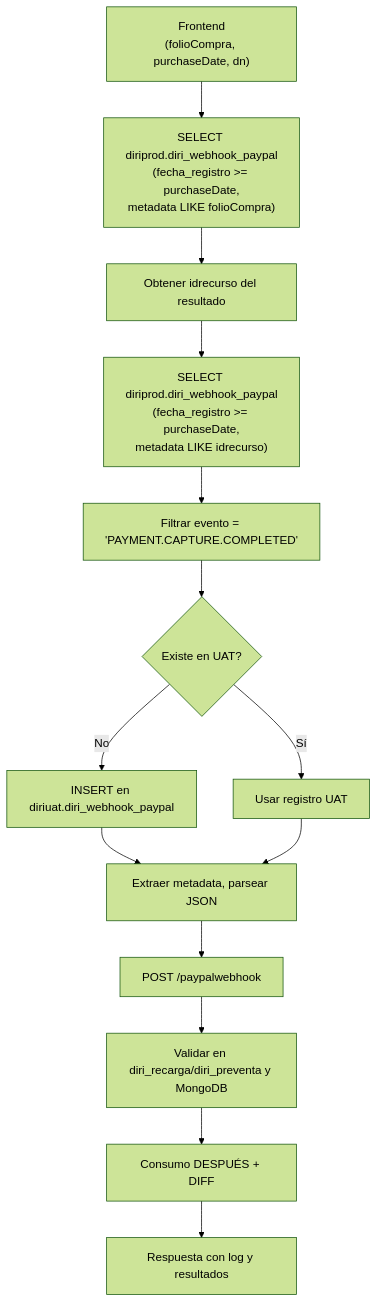
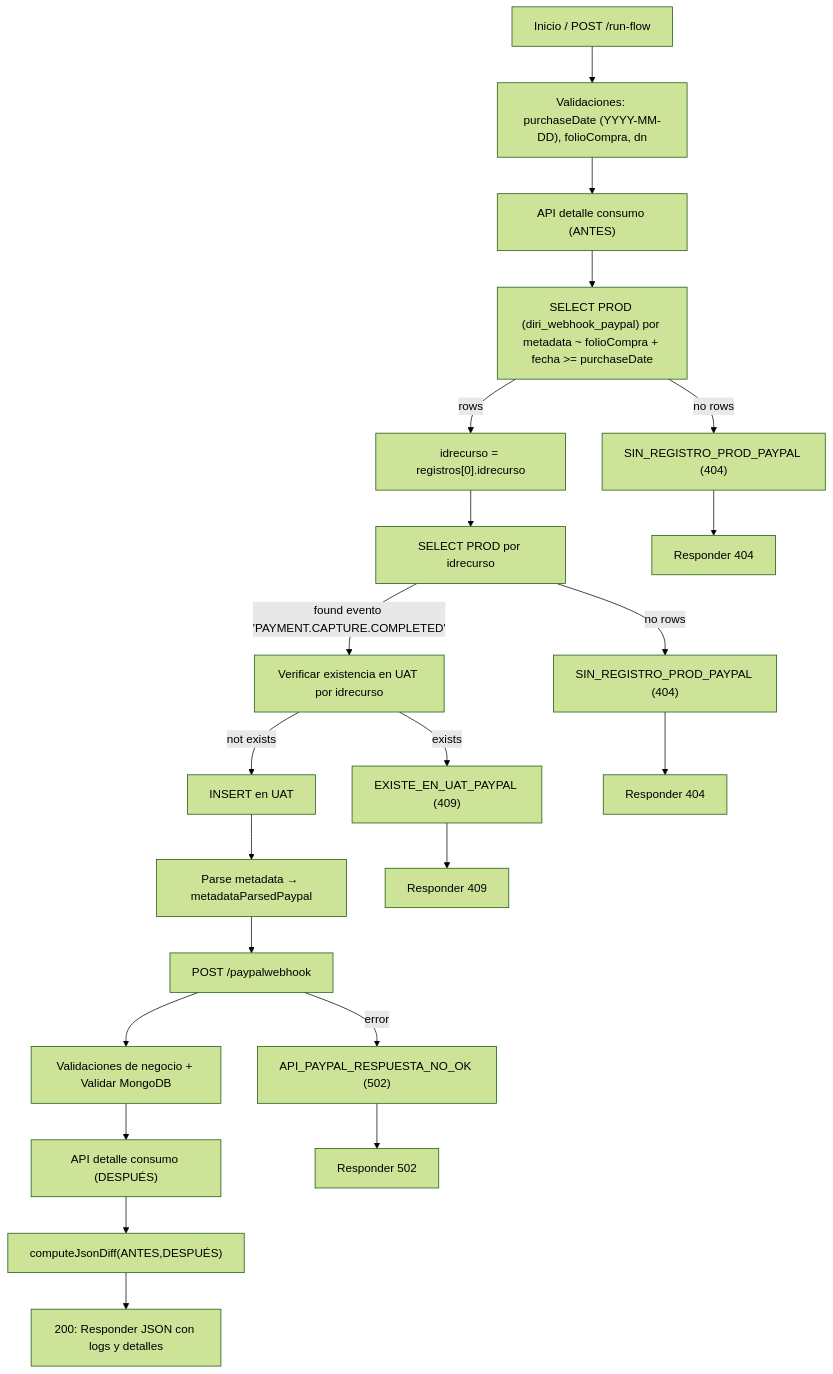
The second of 6 diagrams in README.md (EdgarViOl/QA_Diri), drawn with Mermaid (forest theme) before and after one commit. The commit also changed other lines of this file and 7 other files, not shown here.

````diff
--- a/README.md
+++ b/README.md
@@ -119,16 +150,24 @@
 ```mermaid
 flowchart TD
-  A["Frontend<br/>(folioCompra, purchaseDate, dn)"] --> B["SELECT diriprod.diri_webhook_paypal<br/>(fecha_registro >= purchaseDate,<br/>metadata LIKE folioCompra)"]
-  B --> C["Obtener idrecurso del resultado"]
-  C --> D["SELECT diriprod.diri_webhook_paypal<br/>(fecha_registro >= purchaseDate,<br/>metadata LIKE idrecurso)"]
-  D --> E["Filtrar evento = 'PAYMENT.CAPTURE.COMPLETED'"]
-  E --> F{Existe en UAT?}
-  F -->|No| G["INSERT en diriuat.diri_webhook_paypal"]
-  F -->|Sí| H["Usar registro UAT"]
-  G --> I["Extraer metadata, parsear JSON"]
-  H --> I
-  I --> J["POST /paypalwebhook"]
-  J --> K["Validar en diri_recarga/diri_preventa y MongoDB"]
-  K --> L["Consumo DESPUÉS + DIFF"]
-  L --> M["Respuesta con log y resultados"]
+  Start["Inicio / POST /run-flow"] --> ValidacionesPP["Validaciones: purchaseDate (YYYY-MM-DD), folioCompra, dn"]
+  ValidacionesPP --> ConsumoAntesPP["API detalle consumo (ANTES)"]
+  ConsumoAntesPP --> ProdQuery1["SELECT PROD (diri_webhook_paypal) por metadata ~ folioCompra + fecha >= purchaseDate"]
+  ProdQuery1 -->|no rows| NoProdPP["SIN_REGISTRO_PROD_PAYPAL (404)"]
+  ProdQuery1 -->|rows| ExtractId["idrecurso = registros[0].idrecurso"]
+  ExtractId --> ProdQuery2["SELECT PROD por idrecurso"]
+  ProdQuery2 -->|no rows| NoProdPP2["SIN_REGISTRO_PROD_PAYPAL (404)"]
+  ProdQuery2 -->|found evento 'PAYMENT.CAPTURE.COMPLETED'| VerificarUatPP["Verificar existencia en UAT por idrecurso"]
+  VerificarUatPP -->|exists| ExisteUatPP["EXISTE_EN_UAT_PAYPAL (409)"]
+  VerificarUatPP -->|not exists| InsertUatPP["INSERT en UAT"]
+  InsertUatPP --> ParseMetadataPP["Parse metadata → metadataParsedPaypal"]
+  ParseMetadataPP --> CallPaypalAPI["POST /paypalwebhook"]
+  CallPaypalAPI -->|error| ApiErrorPP["API_PAYPAL_RESPUESTA_NO_OK (502)"]
+  CallPaypalAPI --> ValidacionesNegocioPP["Validaciones de negocio + Validar MongoDB"]
+  ValidacionesNegocioPP --> ConsumoDespuesPP["API detalle consumo (DESPUÉS)"]
+  ConsumoDespuesPP --> ComputeDiffPP["computeJsonDiff(ANTES,DESPUÉS)"]
+  ComputeDiffPP --> ResponsePP["200: Responder JSON con logs y detalles"]
+  NoProdPP --> ResponseErrPP1["Responder 404"]
+  NoProdPP2 --> ResponseErrPP2["Responder 404"]
+  ExisteUatPP --> ResponseErrPP3["Responder 409"]
+  ApiErrorPP --> ResponseErrPP4["Responder 502"]
 ```
````
